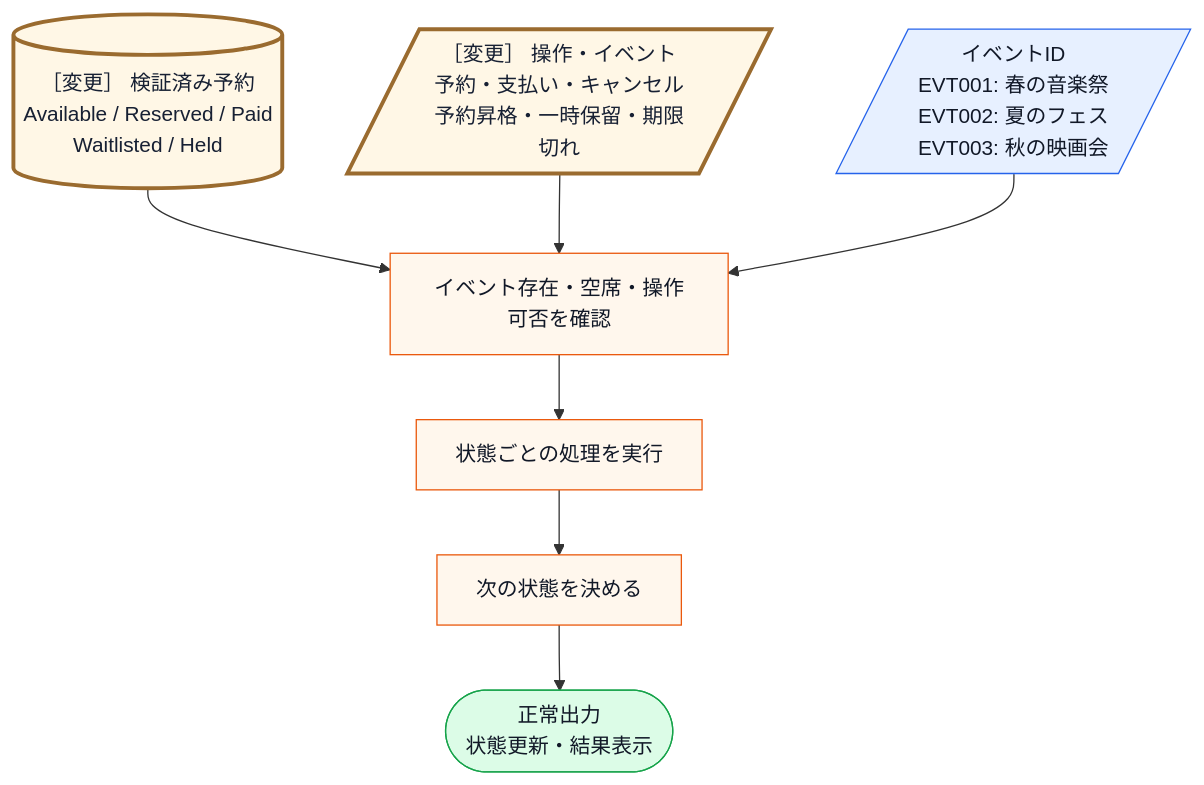
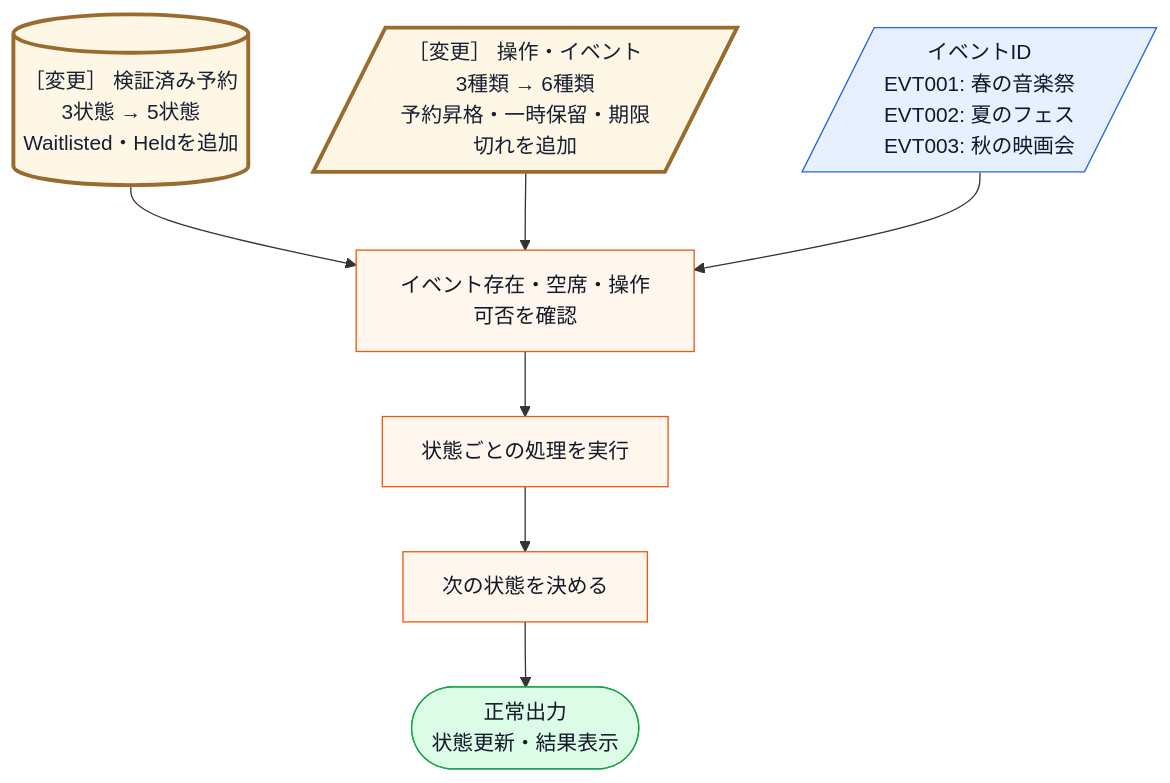
The eighth of 19 diagrams in kindle/design-patterns/books/volume01-core-patterns/output/04-chapter02.md (kumachan1101-pixel/DesignPattern), drawn with Mermaid before and after one commit. The commit also changed other lines of this file and 18 other files, not shown here.

````diff
--- a/kindle/design-patterns/books/volume01-core-patterns/output/04-chapter02.md
+++ b/kindle/design-patterns/books/volume01-core-patterns/output/04-chapter02.md
@@ -872,17 +871,17 @@
 ```mermaid
 flowchart TB
-    A[(［変更］ 検証済み予約<br>Available / Reserved / Paid<br>Waitlisted / Held)]:::data --> B[イベント存在・空席・操作可否を確認]:::process
-    C[/［変更］ 操作・イベント<br>予約・支払い・キャンセル<br>予約昇格・一時保留・期限切れ/]:::input --> B
+    A[(［変更］ 検証済み予約<br>3状態 → 5状態<br>Waitlisted・Heldを追加)]:::data --> B[イベント存在・空席・操作可否を確認]:::process
+    C[/［変更］ 操作・イベント<br>3種類 → 6種類<br>予約昇格・一時保留・期限切れを追加/]:::input --> B
     D[/イベントID<br>EVT001: 春の音楽祭<br>EVT002: 夏のフェス<br>EVT003: 秋の映画会/]:::input --> B
     B --> F[状態ごとの処理を実行]:::process
     F --> G[次の状態を決める]:::process
     G --> H([正常出力<br>状態更新・結果表示]):::normal
 
     classDef data fill:#ecfeff,stroke:#0891b2,color:#111827;
     classDef input fill:#e7f0ff,stroke:#2563eb,color:#111827;
     classDef process fill:#fff7ed,stroke:#ea580c,color:#111827;
     classDef decision fill:#fef9c3,stroke:#ca8a04,color:#111827;
     classDef normal fill:#dcfce7,stroke:#16a34a,color:#111827;
     class A,C touched;
     classDef touched fill:#fff7e6,stroke:#9a6b2f,stroke-width:3px,color:#172033;
 ```
````
